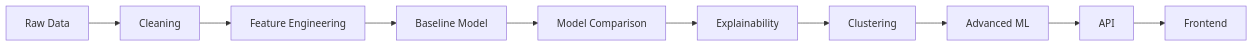
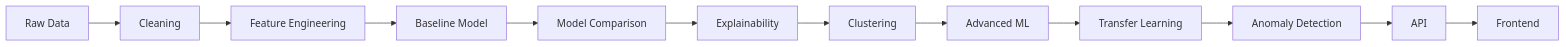
Before and after one commit to mahtabb90/glowwise-ai: the second of 2 diagrams in README.md, drawn with Mermaid. The commit also changed other lines of this file, not shown here.

````diff
--- a/README.md
+++ b/README.md
@@ -402,12 +567,14 @@
 ```mermaid
 flowchart LR
     A[Raw Data] --> B[Cleaning]
     B --> C[Feature Engineering]
     C --> D[Baseline Model]
     D --> E[Model Comparison]
     E --> F[Explainability]
     F --> G[Clustering]
     G --> H[Advanced ML]
-    H --> I[API]
-    I --> J[Frontend]
+    H --> I[Transfer Learning]
+    I --> J[Anomaly Detection]
+    J --> K[API]
+    K --> L[Frontend]
 ```
````
